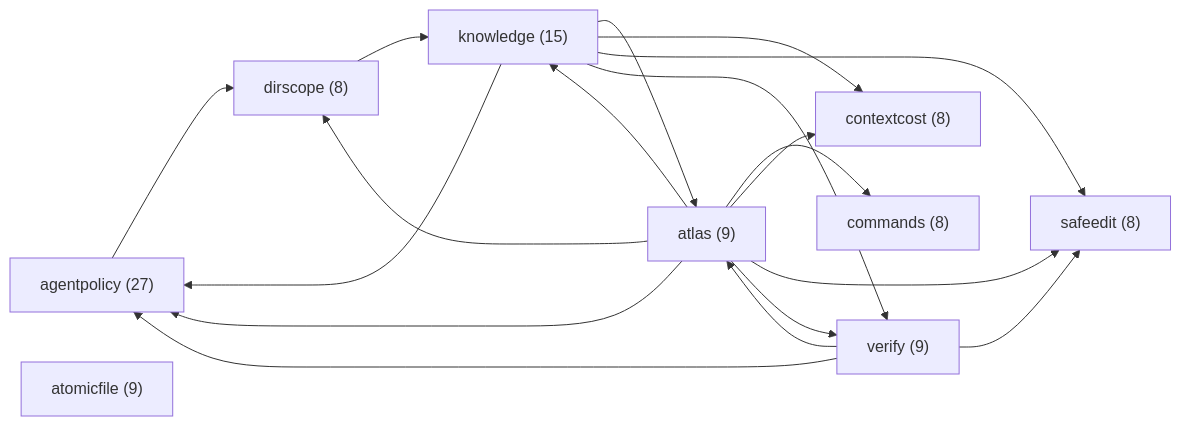
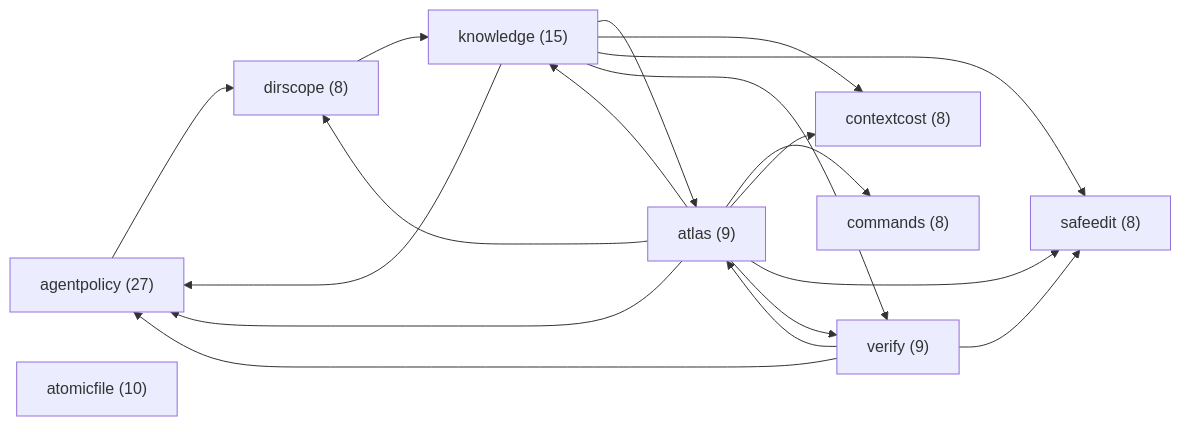
One commit to HLIntel/Headron changed the diagram in docs/MODULES.md. Above: the diagram before and after it, drawn with Mermaid. The commit also changed other lines of this file and 12 other files, not shown here.

````diff
--- a/docs/MODULES.md
+++ b/docs/MODULES.md
@@ -8,29 +8,29 @@
 ```mermaid
 flowchart LR
   m_agentpolicy["agentpolicy (27)"]
   m_atlas["atlas (9)"]
-  m_atomicfile["atomicfile (9)"]
+  m_atomicfile["atomicfile (10)"]
   m_commands["commands (8)"]
   m_contextcost["contextcost (8)"]
   m_dirscope["dirscope (8)"]
   m_knowledge["knowledge (15)"]
   m_safeedit["safeedit (8)"]
   m_verify["verify (9)"]
   m_agentpolicy --> m_dirscope
   m_atlas --> m_agentpolicy
   m_atlas --> m_commands
   m_atlas --> m_contextcost
   m_atlas --> m_dirscope
   m_atlas --> m_knowledge
   m_atlas --> m_safeedit
   m_atlas --> m_verify
   m_dirscope --> m_knowledge
   m_knowledge --> m_agentpolicy
   m_knowledge --> m_atlas
   m_knowledge --> m_contextcost
   m_knowledge --> m_safeedit
   m_knowledge --> m_verify
   m_verify --> m_agentpolicy
   m_verify --> m_atlas
   m_verify --> m_safeedit
 ```
````
